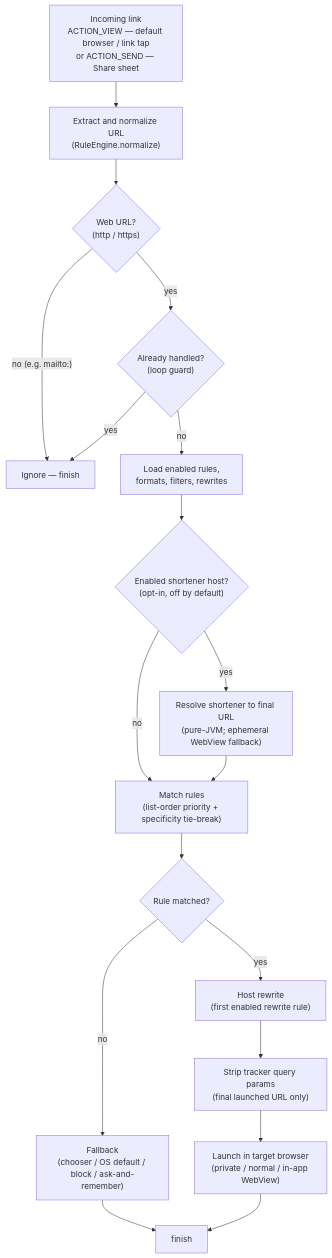
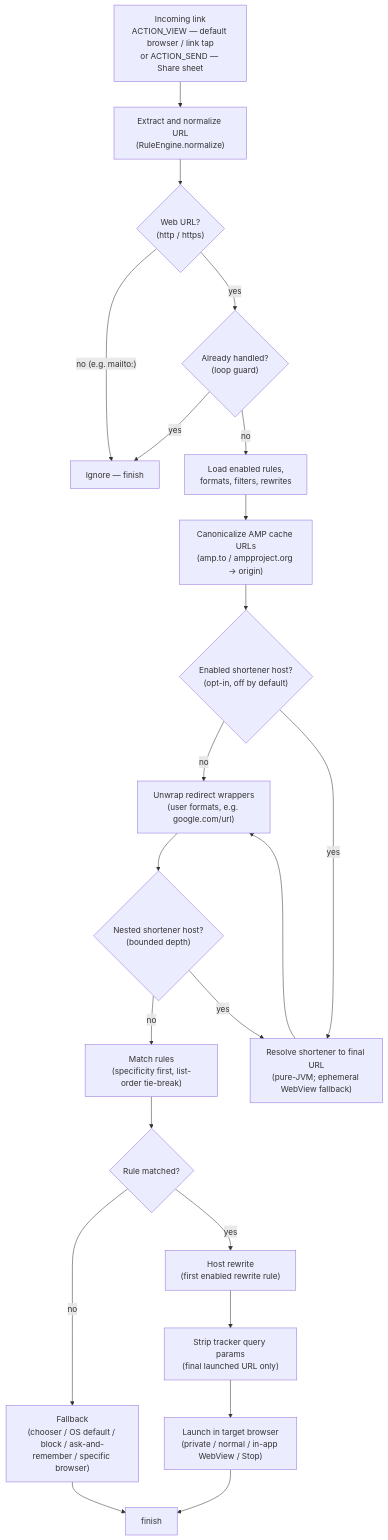
The diagram in docs/content/flow_chart.md (deekue/linkrouter), drawn with Mermaid before and after one commit.

Commit message:
docs: update URL flow chart to match current implementation (#71)
* docs: update URL flow chart to match current implementation

- Fix rule-matching semantics: specificity first, list-order tie-break
- Add FALLBACK_BROWSER (specific browser) to fallback options
- Add Stop target to launch options
- Add redirector-unwrap sub-step (user formats, e.g. google.com/url)

* docs: add AMP-cache unwrap step and fix shortener/unwrap ordering

- Add AMP-cache canonicalize node (amp.to / ampproject.org -> origin)
- Move redirect-unwrap after shortener resolution (matches code)
- Add bounded nested-shortener loop back to resolve

---------

```diff
--- a/docs/content/flow_chart.md
+++ b/docs/content/flow_chart.md
@@ -11,20 +11,25 @@
 {{<mermaid>}}
 graph TD
     A["Incoming link<br/>ACTION_VIEW — default browser / link tap<br/>or ACTION_SEND — Share sheet"] --> B["Extract and normalize URL<br/>(RuleEngine.normalize)"]
     B --> C{"Web URL?<br/>(http / https)"}
     C -->|"no (e.g. mailto:)"| O["Ignore — finish"]
     C -->|"yes"| D{"Already handled?<br/>(loop guard)"}
     D -->|"yes"| O
     D -->|"no"| E["Load enabled rules,<br/>formats, filters, rewrites"]
-    E --> F{"Enabled shortener host?<br/>(opt-in, off by default)"}
-    F -->|"no"| H
+    E --> E3["Canonicalize AMP cache URLs<br/>(amp.to / ampproject.org → origin)"]
+    E3 --> F{"Enabled shortener host?<br/>(opt-in, off by default)"}
+    F -->|"no"| E2
     F -->|"yes"| G["Resolve shortener to final URL<br/>(pure-JVM; ephemeral WebView fallback)"]
-    G --> H["Match rules<br/>(list-order priority + specificity tie-break)"]
+    G --> E2["Unwrap redirect wrappers<br/>(user formats, e.g. google.com/url)"]
+    E2 --> F2{"Nested shortener host?<br/>(bounded depth)"}
+    F2 -->|"no"| H
+    F2 -->|"yes"| G
+    H["Match rules<br/>(specificity first, list-order tie-break)"]
     H --> I{"Rule matched?"}
-    I -->|"no"| J["Fallback<br/>(chooser / OS default / block / ask-and-remember)"]
+    I -->|"no"| J["Fallback<br/>(chooser / OS default / block / ask-and-remember / specific browser)"]
     J --> N["finish"]
     I -->|"yes"| K["Host rewrite<br/>(first enabled rewrite rule)"]
     K --> L["Strip tracker query params<br/>(final launched URL only)"]
-    L --> M["Launch in target browser<br/>(private / normal / in-app WebView)"]
+    L --> M["Launch in target browser<br/>(private / normal / in-app WebView / Stop)"]
     M --> N
 {{</mermaid>}}
```
